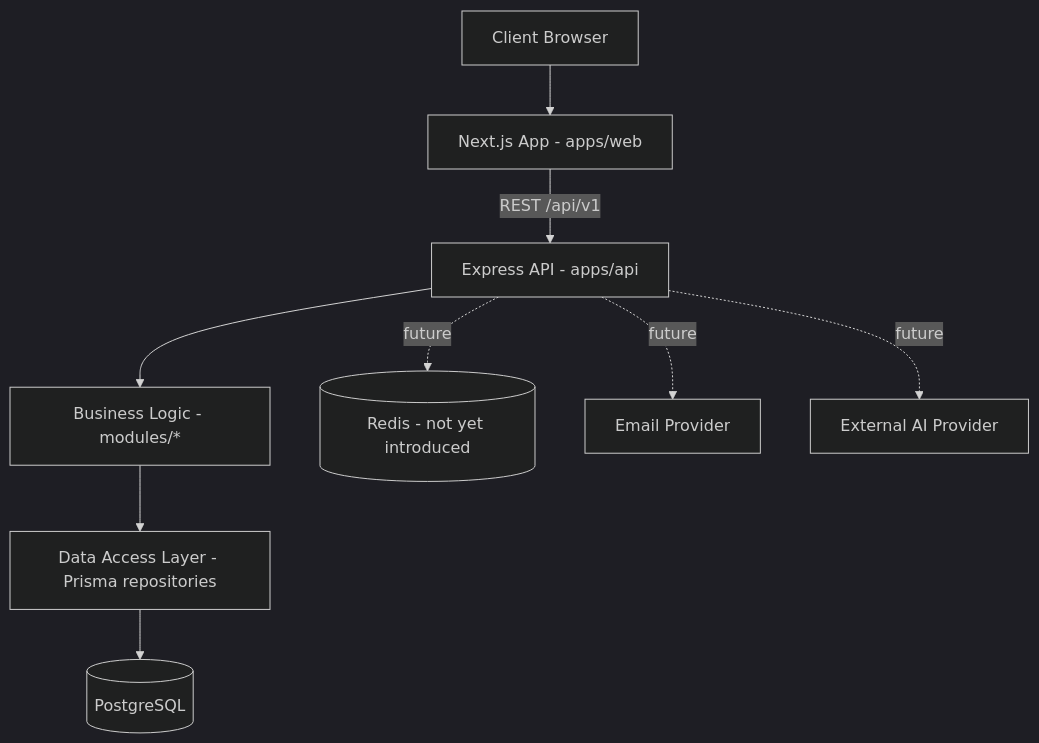
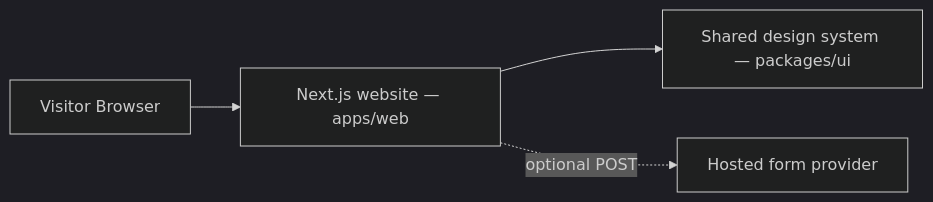
The diagram in docs/architecture/system-architecture.md (TahaSohail-Goat/ATS), drawn with Mermaid (dark theme) before and after one commit. The commit also changed other lines of this file and 116 other files, not shown here.

````diff
--- a/docs/architecture/system-architecture.md
+++ b/docs/architecture/system-architecture.md
@@ -5,11 +8,6 @@
 ```mermaid
-flowchart TD
-    Client[Client Browser] --> Web[Next.js App - apps/web]
-    Web -->|REST /api/v1| API[Express API - apps/api]
-    API --> Domain[Business Logic - modules/*]
-    Domain --> DAL[Data Access Layer - Prisma repositories]
-    DAL --> DB[(PostgreSQL)]
-    API -.future.-> Redis[(Redis - not yet introduced)]
-    API -.future.-> Email[Email Provider]
-    API -.future.-> AI[External AI Provider]
+flowchart LR
+    Visitor[Visitor Browser] --> Web[Next.js website — apps/web]
+    Web --> UI[Shared design system — packages/ui]
+    Web -. optional POST .-> Form[Hosted form provider]
 ```
````
